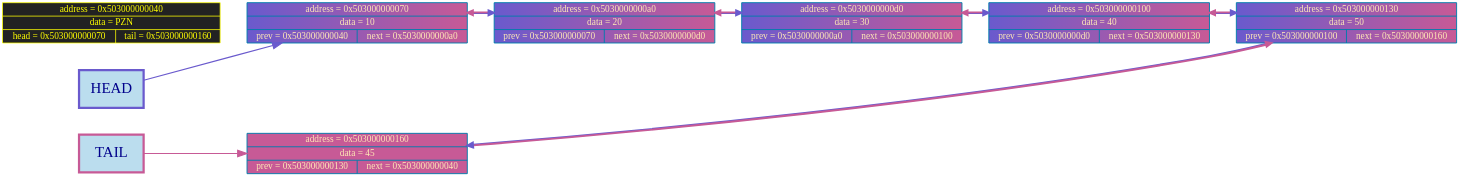
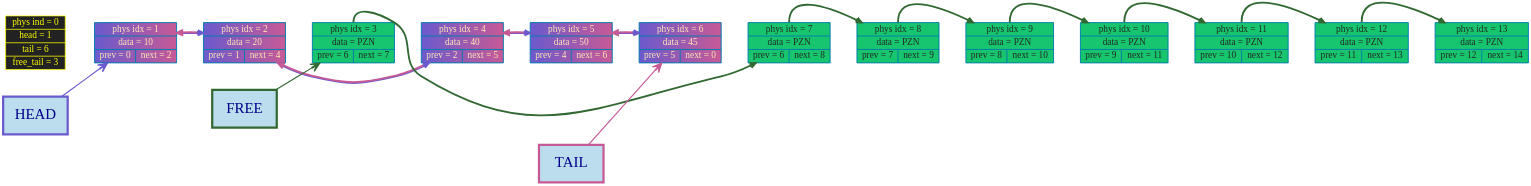
The diagram in graphDumps/graphDump.dot (timoko3/list), drawn with Graphviz before and after one commit. The commit also changed 25 other files, not shown here.

```diff
--- a/graphDumps/graphDump.dot
+++ b/graphDumps/graphDump.dot
@@ -1,38 +1,67 @@
 digraph G {
 rankdir=LR
 bgcolor="transparent"
 nodesep = 1;
 ranksep = 1
 	node [shape=record, style="filled", fillcolor="#FFA089", fontcolor="black", color="#007CAD", penwidth=2.5, fontname="Tahoma", fontsize=25];
 
-node64 [label="address = 0x503000000040 | data = PZN | {head = 0x503000000070 | tail = 0x503000000160} ", shape=record, style="filled", fillcolor="#222222", fontcolor="yellow", color="yellow", penwidth=2];
-	node112 [label="address = 0x503000000070 | data = 10 | {prev = 0x503000000040 | next = 0x5030000000a0} "];
-	node160 [label="address = 0x5030000000a0 | data = 20 | {prev = 0x503000000070 | next = 0x5030000000d0} "];
-	node208 [label="address = 0x5030000000d0 | data = 30 | {prev = 0x5030000000a0 | next = 0x503000000100} "];
-	node256 [label="address = 0x503000000100 | data = 40 | {prev = 0x5030000000d0 | next = 0x503000000130} "];
-	node304 [label="address = 0x503000000130 | data = 50 | {prev = 0x503000000100 | next = 0x503000000160} "];
-	node352 [label="address = 0x503000000160 | data = 45 | {prev = 0x503000000130 | next = 0x503000000040} "];
+edge [color="#2d714f", arrowsize=1, penwidth=5, arrowhead="vee", style="bold"];
+node0 [label="phys ind = 0 | head = 1 | tail = 6 | free_tail = 3", shape=record, style="filled", fillcolor="#222222", fontcolor="yellow", color="yellow", penwidth=2];
+	node1 [label="phys idx = 1 | data = 10 | {prev = 0 | next = 2} "];
+	node2 [label="phys idx = 2 | data = 20 | {prev = 1 | next = 4} "];
+	node3 [label="phys idx = 3 | data = PZN | {prev = 6 | next = 7} "];
+	node4 [label="phys idx = 4 | data = 40 | {prev = 2 | next = 5} "];
+	node5 [label="phys idx = 5 | data = 50 | {prev = 4 | next = 6} "];
+	node6 [label="phys idx = 6 | data = 45 | {prev = 5 | next = 0} "];
+	node7 [label="phys idx = 7 | data = PZN | {prev = 6 | next = 8} "];
+	node8 [label="phys idx = 8 | data = PZN | {prev = 7 | next = 9} "];
+	node9 [label="phys idx = 9 | data = PZN | {prev = 8 | next = 10} "];
+	node10 [label="phys idx = 10 | data = PZN | {prev = 9 | next = 11} "];
+	node11 [label="phys idx = 11 | data = PZN | {prev = 10 | next = 12} "];
+	node12 [label="phys idx = 12 | data = PZN | {prev = 11 | next = 13} "];
+	node13 [label="phys idx = 13 | data = PZN | {prev = 12 | next = 14} "];
 
 head_label      [shape=box, width = 2.4, height = 1.4, label="HEAD", style="filled", fillcolor="#BBDDEE", color="#6A5ACD", penwidth = 6,  fontcolor="darkblue", fontsize = 40];
 tail_label      [shape=box, width = 2.4, height = 1.4, label="TAIL", style="filled", fillcolor="#BBDDEE", color="#c75a96ff", penwidth = 6,  fontcolor="darkblue", fontsize = 40];
-head_label      -> node112 [color="#6A5ACD"  , arrowsize=2.5, penwidth=3];
-tail_label      -> node352 [color="#c75a96ff"  , arrowsize=2.5, penwidth=3];
-	node64 -> node112[style=invis, weight = 100000];
-node112 -> node160 -> node208 -> node256 -> node304[style=invis, weight=1000000];
-	node112 [fillcolor = "#6A5ACD:#c75a96ff", fontcolor = "#ffe9b5ff"]
-node160 [fillcolor = "#c75a96ff:#c75a96ff", fontcolor = "#ffe9b5ff"]
-node112 -> node160[color="#6A5ACD:#c75a96ff", arrowsize=1.5, penwidth=5, weight=1000, constraint=false, dir = both];
-node160 [fillcolor = "#6A5ACD:#c75a96ff", fontcolor = "#ffe9b5ff"]
-node208 [fillcolor = "#c75a96ff:#c75a96ff", fontcolor = "#ffe9b5ff"]
-node160 -> node208[color="#6A5ACD:#c75a96ff", arrowsize=1.5, penwidth=5, weight=1000, constraint=false, dir = both];
-node208 [fillcolor = "#6A5ACD:#c75a96ff", fontcolor = "#ffe9b5ff"]
-node256 [fillcolor = "#c75a96ff:#c75a96ff", fontcolor = "#ffe9b5ff"]
-node208 -> node256[color="#6A5ACD:#c75a96ff", arrowsize=1.5, penwidth=5, weight=1000, constraint=false, dir = both];
-node256 [fillcolor = "#6A5ACD:#c75a96ff", fontcolor = "#ffe9b5ff"]
-node304 [fillcolor = "#c75a96ff:#c75a96ff", fontcolor = "#ffe9b5ff"]
-node256 -> node304[color="#6A5ACD:#c75a96ff", arrowsize=1.5, penwidth=5, weight=1000, constraint=false, dir = both];
-node304 [fillcolor = "#6A5ACD:#c75a96ff", fontcolor = "#ffe9b5ff"]
-node352 [fillcolor = "#c75a96ff:#c75a96ff", fontcolor = "#ffe9b5ff"]
-node304 -> node352[color="#6A5ACD:#c75a96ff", arrowsize=1.5, penwidth=5, weight=1000, constraint=false, dir = both];
+free_head_label [shape=box, width = 2.4, height = 1.4, label="FREE", style="filled", fillcolor="#BBDDEE", color="#326932", penwidth = 6,  fontcolor="darkblue", fontsize = 40];
+head_label      -> node1 [color="#6A5ACD"  , arrowsize=2.5, penwidth=3];
+tail_label      -> node6 [color="#c75a96ff"  , arrowsize=2.5, penwidth=3];
+free_head_label -> node3 [color="#326932"  , arrowsize=2.5, penwidth=3];
+node0 -> node1[style=invis, weight = 100000];
+	node1 -> node2 -> node3 -> node4 -> node5 -> node6 -> node7 -> node8 -> node9 -> node10 -> node11 -> node12 -> node13[style=invis, weight=1000000];
+	node1 [fillcolor = "#6A5ACD:#c75a96ff", fontcolor = "#ffe9b5ff"]
+node2 [fillcolor = "#c75a96ff:#c75a96ff", fontcolor = "#ffe9b5ff"]
+node1 -> node2[color="#6A5ACD:#c75a96ff", arrowsize=1.5, penwidth=5, weight=1000, constraint=false, dir = both];
+node2 [fillcolor = "#6A5ACD:#c75a96ff", fontcolor = "#ffe9b5ff"]
+node4 [fillcolor = "#c75a96ff:#c75a96ff", fontcolor = "#ffe9b5ff"]
+node2 -> node4[color="#6A5ACD:#c75a96ff", arrowsize=1.5, penwidth=5, weight=1000, constraint=false, dir = both];
+node3 [fillcolor = "#16c56eff", fontcolor = "#222926ff"]
+node7 [fillcolor = "#16c56eff", fontcolor = "#222926ff"]
+node3 -> node7[color="#326932", arrowsize=1.5, penwidth=5, weight=1000, constraint=false, tailport = n];
+node4 [fillcolor = "#6A5ACD:#c75a96ff", fontcolor = "#ffe9b5ff"]
+node5 [fillcolor = "#c75a96ff:#c75a96ff", fontcolor = "#ffe9b5ff"]
+node4 -> node5[color="#6A5ACD:#c75a96ff", arrowsize=1.5, penwidth=5, weight=1000, constraint=false, dir = both];
+node5 [fillcolor = "#6A5ACD:#c75a96ff", fontcolor = "#ffe9b5ff"]
+node6 [fillcolor = "#c75a96ff:#c75a96ff", fontcolor = "#ffe9b5ff"]
+node5 -> node6[color="#6A5ACD:#c75a96ff", arrowsize=1.5, penwidth=5, weight=1000, constraint=false, dir = both];
+node6 [fillcolor = "#6A5ACD:#c75a96ff", fontcolor = "#ffe9b5ff"]
+node7 [fillcolor = "#16c56eff", fontcolor = "#222926ff"]
+node8 [fillcolor = "#16c56eff", fontcolor = "#222926ff"]
+node7 -> node8[color="#326932", arrowsize=1.5, penwidth=5, weight=1000, constraint=false, tailport = n];
+node8 [fillcolor = "#16c56eff", fontcolor = "#222926ff"]
+node9 [fillcolor = "#16c56eff", fontcolor = "#222926ff"]
+node8 -> node9[color="#326932", arrowsize=1.5, penwidth=5, weight=1000, constraint=false, tailport = n];
+node9 [fillcolor = "#16c56eff", fontcolor = "#222926ff"]
+node10 [fillcolor = "#16c56eff", fontcolor = "#222926ff"]
+node9 -> node10[color="#326932", arrowsize=1.5, penwidth=5, weight=1000, constraint=false, tailport = n];
+node10 [fillcolor = "#16c56eff", fontcolor = "#222926ff"]
+node11 [fillcolor = "#16c56eff", fontcolor = "#222926ff"]
+node10 -> node11[color="#326932", arrowsize=1.5, penwidth=5, weight=1000, constraint=false, tailport = n];
+node11 [fillcolor = "#16c56eff", fontcolor = "#222926ff"]
+node12 [fillcolor = "#16c56eff", fontcolor = "#222926ff"]
+node11 -> node12[color="#326932", arrowsize=1.5, penwidth=5, weight=1000, constraint=false, tailport = n];
+node12 [fillcolor = "#16c56eff", fontcolor = "#222926ff"]
+node13 [fillcolor = "#16c56eff", fontcolor = "#222926ff"]
+node12 -> node13[color="#326932", arrowsize=1.5, penwidth=5, weight=1000, constraint=false, tailport = n];
 
 }
```
